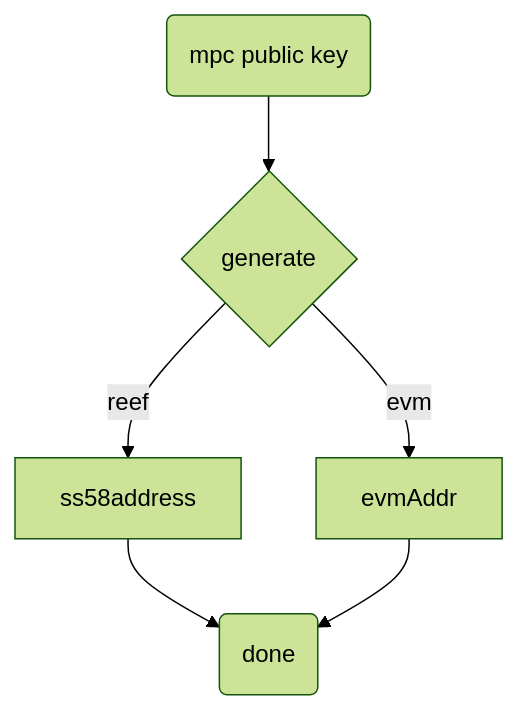
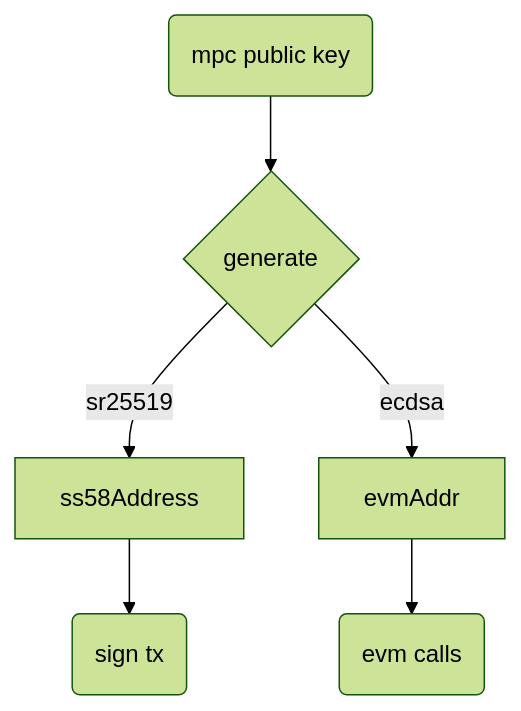
Before and after one commit to anyswap/CrossChain-Router: the diagram in tokens/reef/README.md, drawn with Mermaid (forest theme). The commit also changed other lines of this file and 9 other files, not shown here.

````diff
--- a/tokens/reef/README.md
+++ b/tokens/reef/README.md
@@ -11,6 +11,6 @@
 ```mermaid
 graph TB
     begin(mpc public key)--> IsRemaining{"generate"}
-    IsRemaining -->|reef|reefAddr[ss58address]--> done(done)
-    IsRemaining --evm--> evmAddr[evmAddr]--> done
+    IsRemaining --sr25519-->reefAddr[ss58Address]--> sign(sign tx)
+    IsRemaining --> |ecdsa|evmAddr[evmAddr]--> interaction(evm calls)
 ```
````
